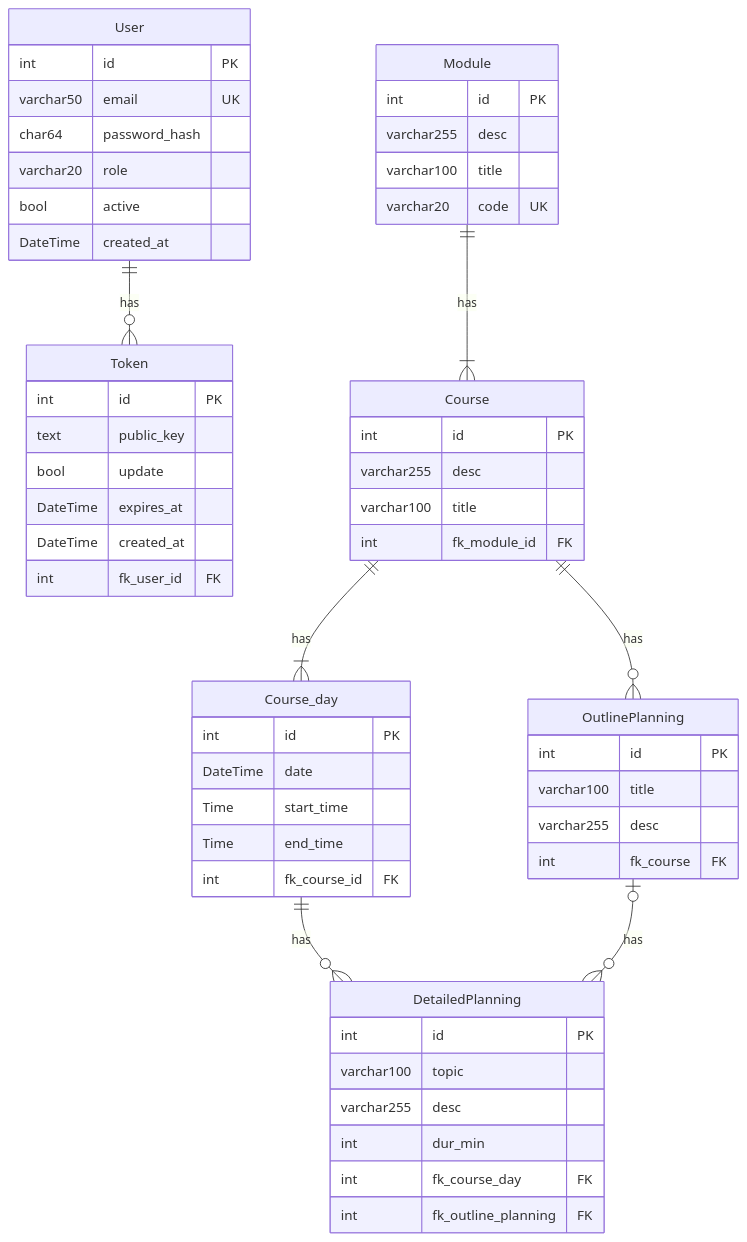
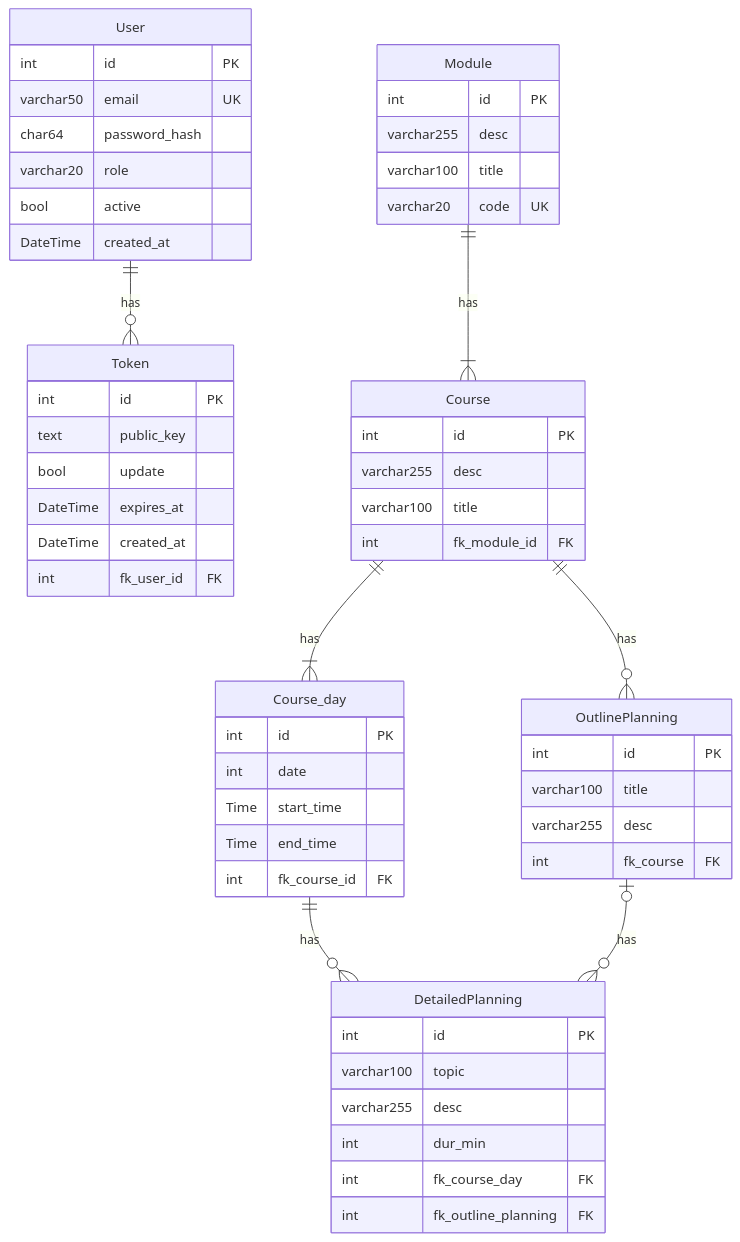
The diagram in Documentation/Database/ERModel.mmd (IPT8-1-Group/IPT8.1-Cadence), drawn with Mermaid before and after one commit.

Commit message:
dosc(ermodel): change date datatype in Course_Day

```diff
--- a/Documentation/Database/ERModel.mmd
+++ b/Documentation/Database/ERModel.mmd
@@ -1,68 +1,68 @@
 %% ||--||   one to one
 %% ||--o{   one to zero-or-many
 %% ||--|{   one to one-or-many
 %% o|--o{   zero-or-one to zero-or-many
 
 erDiagram
     User ||--o{ Token : has
     Module ||--|{ Course : has
     Course ||--|{ Course_day : has
     Course ||--o{ OutlinePlanning : has
     Course_day ||--o{ DetailedPlanning : has
     OutlinePlanning |o--o{ DetailedPlanning : has
 
     User {
         int id PK
         varchar50 email UK
         char64 password_hash
         varchar20 role
         bool active
         DateTime created_at
     }
 
     Token {
         int id PK
         text public_key
         bool update
         DateTime expires_at
         DateTime created_at
         int fk_user_id FK
     }
 
     Module {
         int id PK
         varchar255 desc
         varchar100 title
         varchar20 code UK
     }
 
     Course {
         int id PK
         varchar255 desc
         varchar100 title
         int fk_module_id FK
     }
 
     Course_day {
         int id PK
-        DateTime date
+        int date
         Time start_time
         Time end_time
         int fk_course_id FK
     }
 
     OutlinePlanning {
         int id PK
         varchar100 title
         varchar255 desc
         int fk_course FK
     }
 
     DetailedPlanning {
         int id PK
         varchar100 topic
         varchar255 desc
         int dur_min
         int fk_course_day FK
         int fk_outline_planning FK
     }
```
